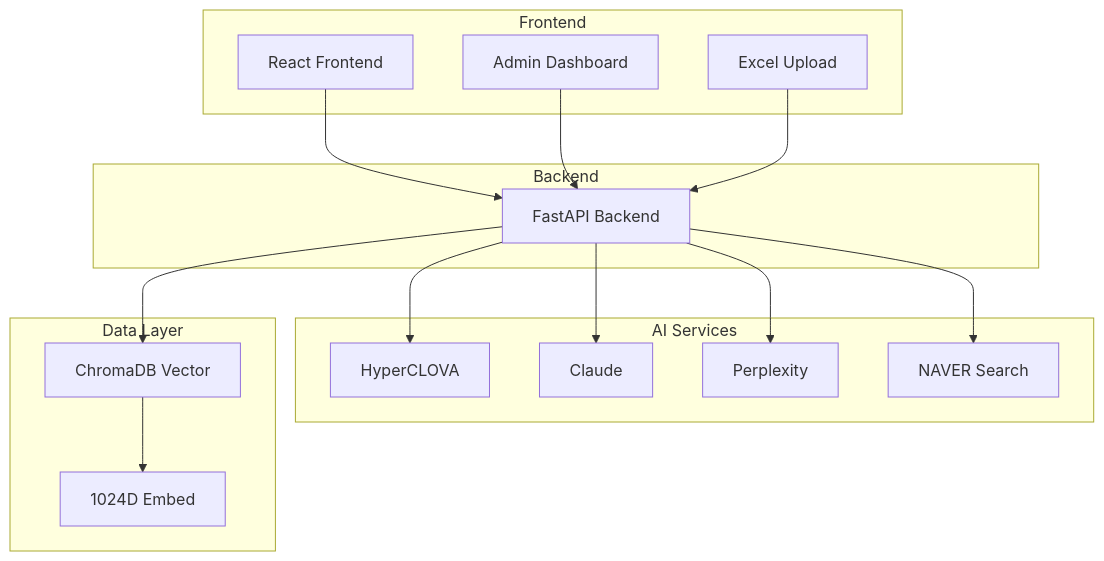
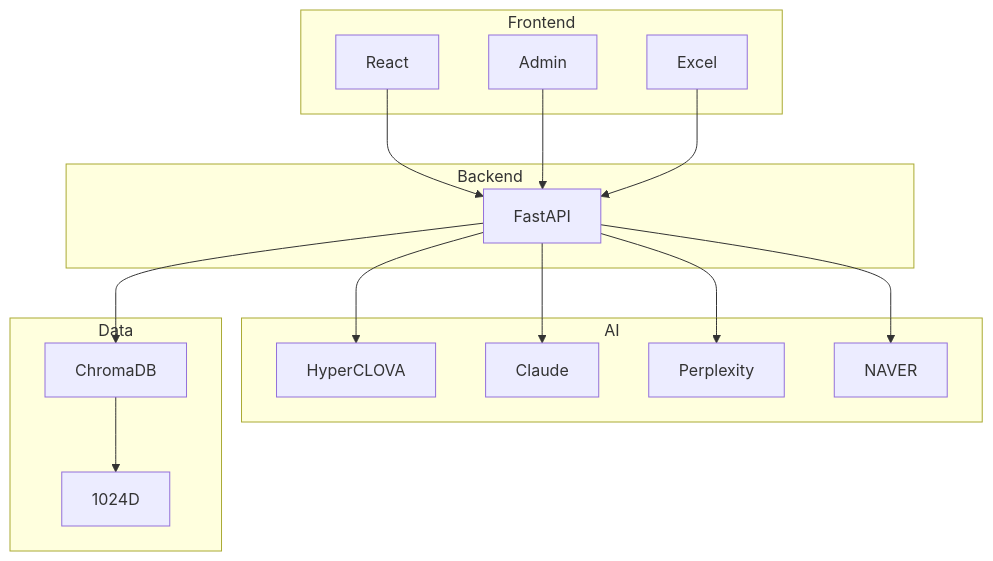
The diagram in README.md (IronhawkReigns/msp-evaluator), drawn with Mermaid before and after one commit.

````diff
--- a/README.md
+++ b/README.md
@@ -24,34 +24,34 @@
 ```mermaid
 graph TB
     subgraph "Frontend"
-        A[React Frontend]
-        I[Admin Dashboard]
-        J[Excel Upload]
+        A[React]
+        I[Admin]
+        J[Excel]
     end
     
     subgraph "Backend"
-        B[FastAPI Backend]
+        B[FastAPI]
     end
     
-    subgraph "AI Services"
+    subgraph "AI"
         D[HyperCLOVA]
         E[Claude]
         F[Perplexity]
-        G[NAVER Search]
+        G[NAVER]
     end
     
-    subgraph "Data Layer"
-        C[ChromaDB Vector]
-        H[1024D Embed]
+    subgraph "Data"
+        C[ChromaDB]
+        H[1024D]
     end
     
     A --> B
     I --> B
     J --> B
     B --> C
     B --> D
     B --> E
     B --> F
     B --> G
     C --> H
 ```
````
